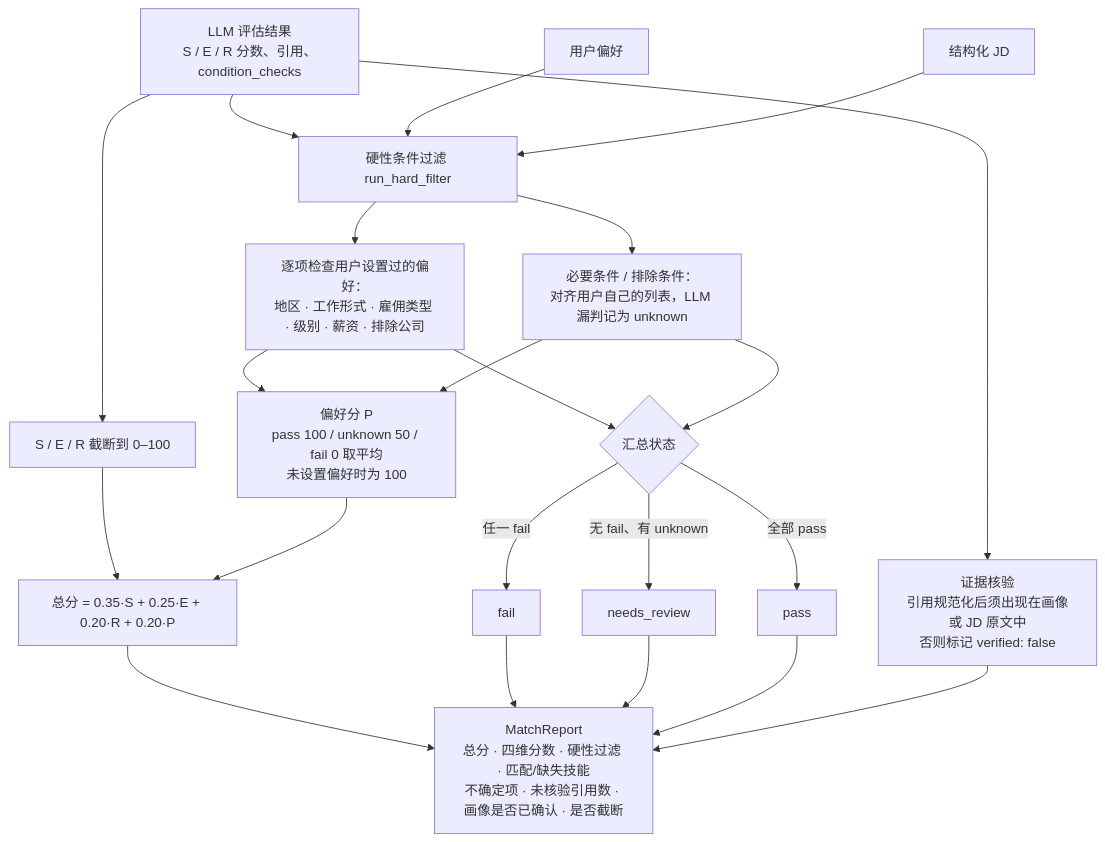
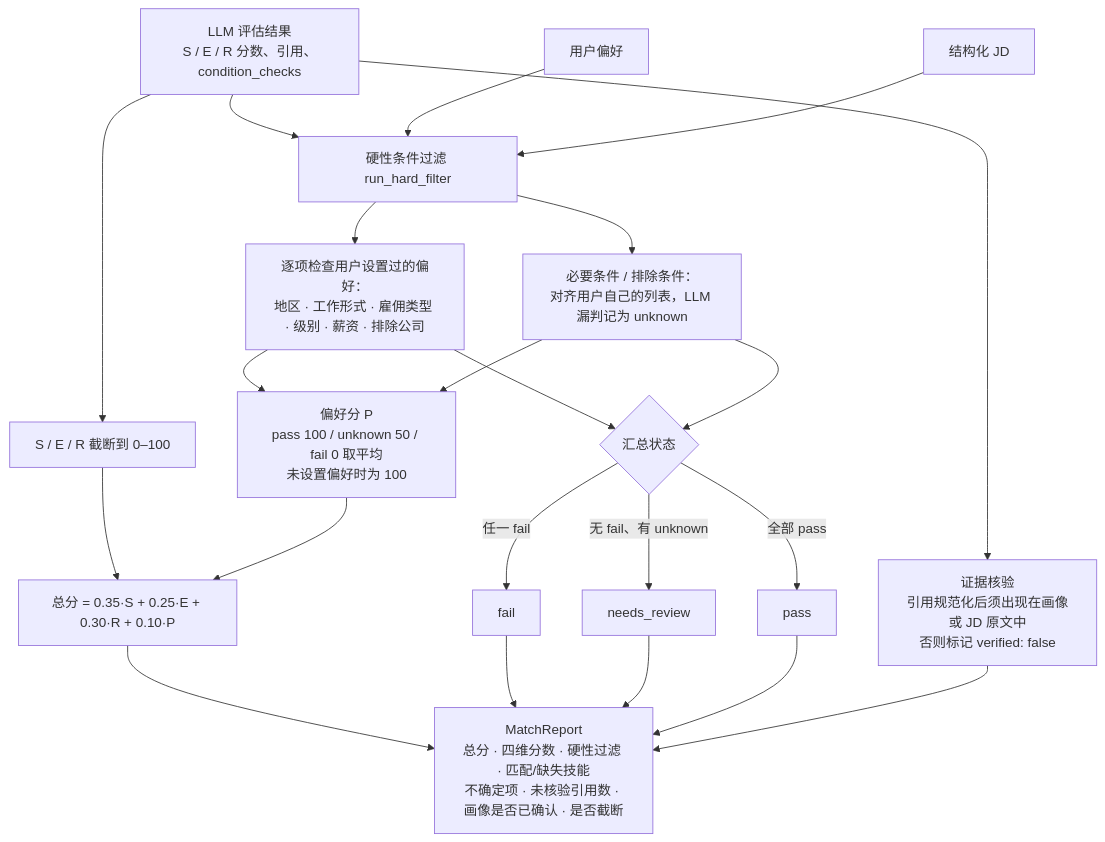
The sixth of 7 diagrams in docs/BACKEND.md (TuringChicken/JobPilot), drawn with Mermaid before and after one commit. The commit also changed other lines of this file and 16 other files, not shown here.

````diff
--- a/docs/BACKEND.md
+++ b/docs/BACKEND.md
@@ -186,28 +186,28 @@
 ```mermaid
 flowchart TD
     E["LLM 评估结果<br/>S / E / R 分数、引用、condition_checks"] --> HF
     P["用户偏好"] --> HF
     J["结构化 JD"] --> HF
 
     HF["硬性条件过滤 run_hard_filter"] --> HF1["逐项检查用户设置过的偏好：<br/>地区 · 工作形式 · 雇佣类型 · 级别 · 薪资 · 排除公司"]
     HF --> HF2["必要条件 / 排除条件：<br/>对齐用户自己的列表，LLM 漏判记为 unknown"]
     HF1 --> ST{"汇总状态"}
     HF2 --> ST
     ST -->|"任一 fail"| S1["fail"]
     ST -->|"无 fail、有 unknown"| S2["needs_review"]
     ST -->|"全部 pass"| S3["pass"]
 
     HF1 --> PS["偏好分 P<br/>pass 100 / unknown 50 / fail 0 取平均<br/>未设置偏好时为 100"]
     HF2 --> PS
 
     E --> CL["S / E / R 截断到 0–100"]
     E --> VF["证据核验<br/>引用规范化后须出现在画像或 JD 原文中<br/>否则标记 verified: false"]
 
-    CL --> T["总分 = 0.35·S + 0.25·E + 0.20·R + 0.20·P"]
+    CL --> T["总分 = 0.35·S + 0.25·E + 0.30·R + 0.10·P"]
     PS --> T
     T --> RP["MatchReport<br/>总分 · 四维分数 · 硬性过滤 · 匹配/缺失技能<br/>不确定项 · 未核验引用数 · 画像是否已确认 · 是否截断"]
     S1 --> RP
     S2 --> RP
     S3 --> RP
     VF --> RP
 ```
````
